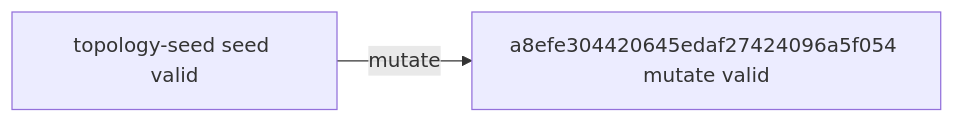
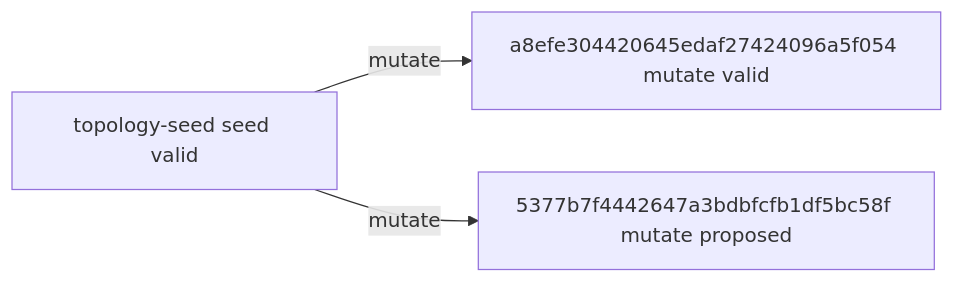
Before and after one commit to timbtz/feyer-search-lab: the diagram in experiments/campaigns/astra-group-numerical-v3/README.md, drawn with Mermaid. The commit also changed other lines of this file and 7 other files, not shown here.

````diff
--- a/experiments/campaigns/astra-group-numerical-v3/README.md
+++ b/experiments/campaigns/astra-group-numerical-v3/README.md
@@ -21,6 +21,8 @@
 ```mermaid
 graph LR
   n0["topology-seed seed valid"]
   n1["a8efe304420645edaf27424096a5f054 mutate valid"]
+  n2["5377b7f4442647a3bdbfcfb1df5bc58f mutate proposed"]
   n0 -->|mutate| n1
+  n0 -->|mutate| n2
 ```
````
